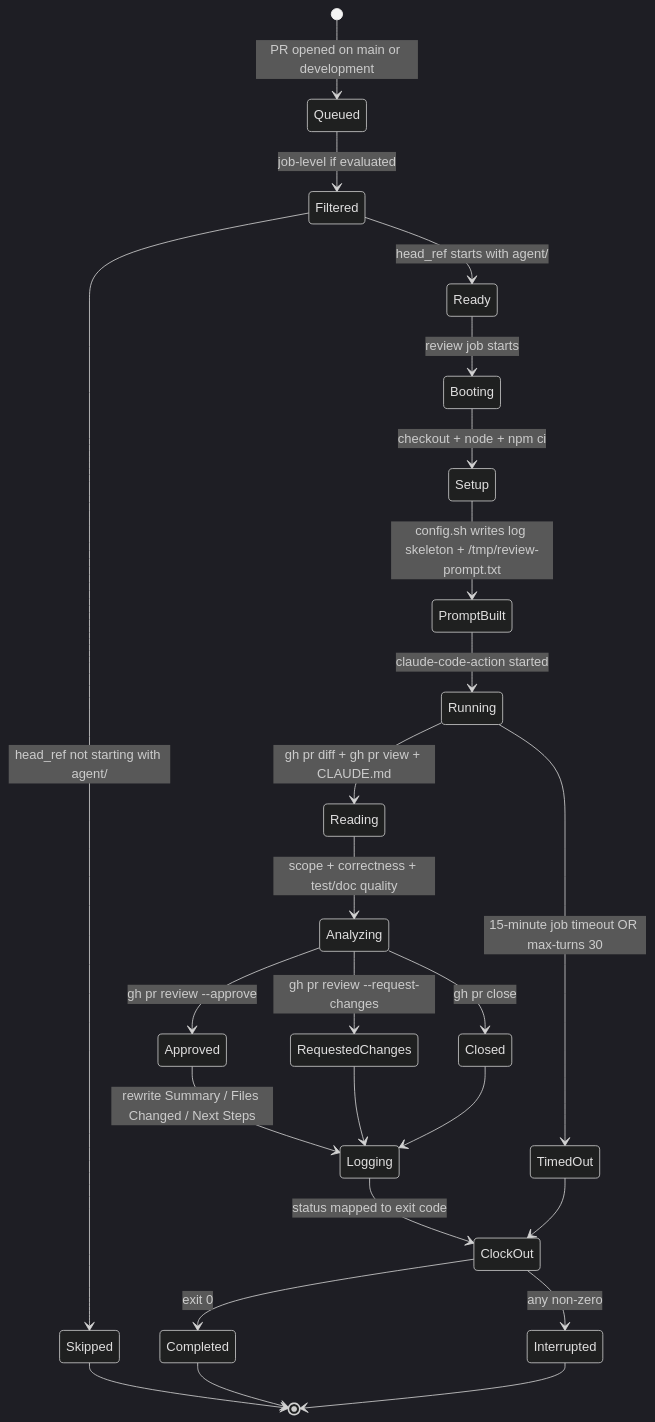
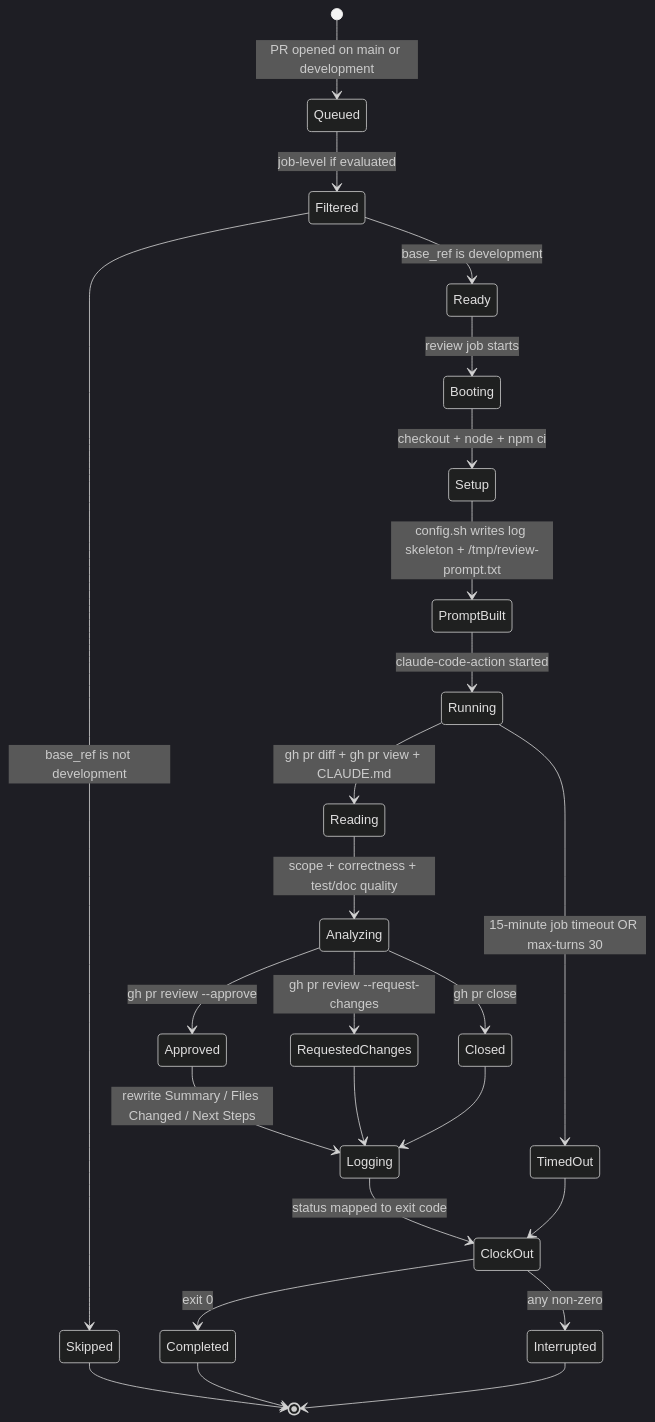
Before and after one commit to gregreindel/llm-exe: the tenth of 12 diagrams in .github/docs/AGENT_REVIEW_PR_DEEP_DIVE.md, drawn with Mermaid (dark theme). The commit also changed other lines of this file and 2 other files, not shown here.

````diff
--- a/.github/docs/AGENT_REVIEW_PR_DEEP_DIVE.md
+++ b/.github/docs/AGENT_REVIEW_PR_DEEP_DIVE.md
@@ -483,27 +489,27 @@
 ```mermaid
 stateDiagram-v2
     [*] --> Queued: PR opened on main or development
     Queued --> Filtered: job-level if evaluated
-    Filtered --> Skipped: head_ref not starting with agent/
-    Filtered --> Ready: head_ref starts with agent/
+    Filtered --> Skipped: base_ref is not development
+    Filtered --> Ready: base_ref is development
     Ready --> Booting: review job starts
     Booting --> Setup: checkout + node + npm ci
     Setup --> PromptBuilt: config.sh writes log skeleton + /tmp/review-prompt.txt
     PromptBuilt --> Running: claude-code-action started
     Running --> Reading: gh pr diff + gh pr view + CLAUDE.md
     Reading --> Analyzing: scope + correctness + test/doc quality
     Analyzing --> Approved: gh pr review --approve
     Analyzing --> RequestedChanges: gh pr review --request-changes
     Analyzing --> Closed: gh pr close
     Approved --> Logging: rewrite Summary / Files Changed / Next Steps
     RequestedChanges --> Logging
     Closed --> Logging
     Logging --> ClockOut: status mapped to exit code
     ClockOut --> Completed: exit 0
     ClockOut --> Interrupted: any non-zero
     Running --> TimedOut: 15-minute job timeout OR max-turns 30
     TimedOut --> ClockOut
     Skipped --> [*]
     Completed --> [*]
     Interrupted --> [*]
 ```
````
